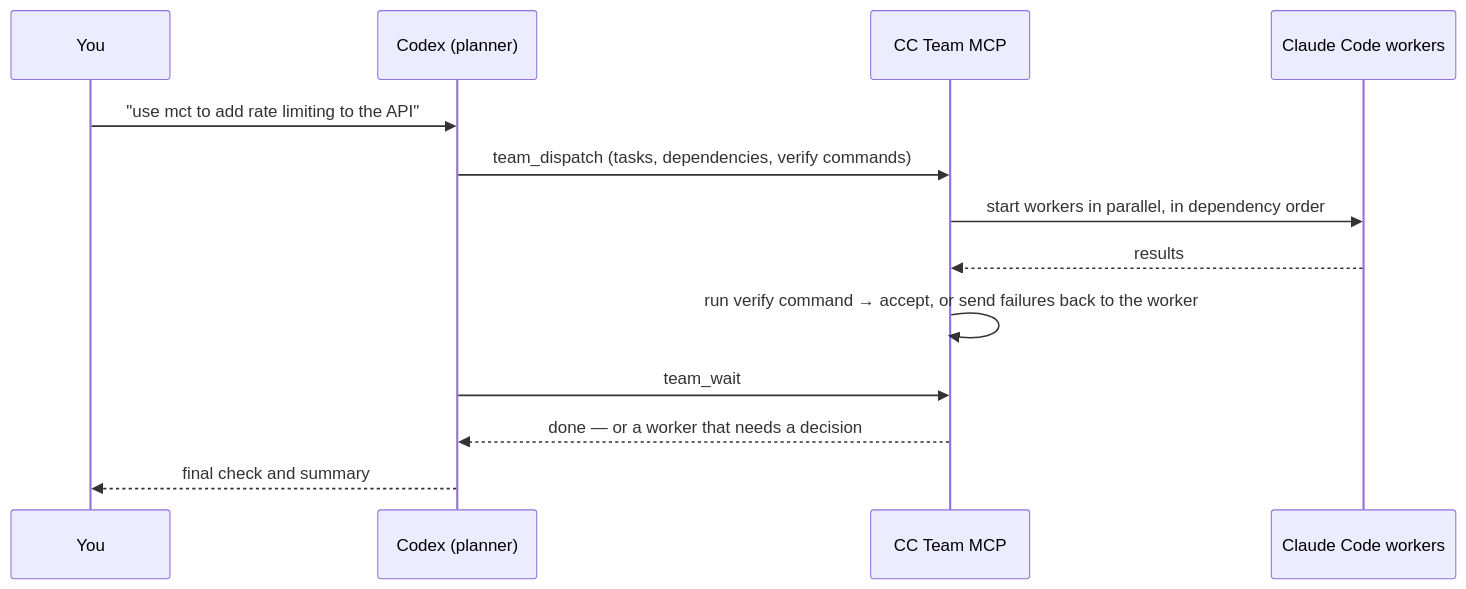
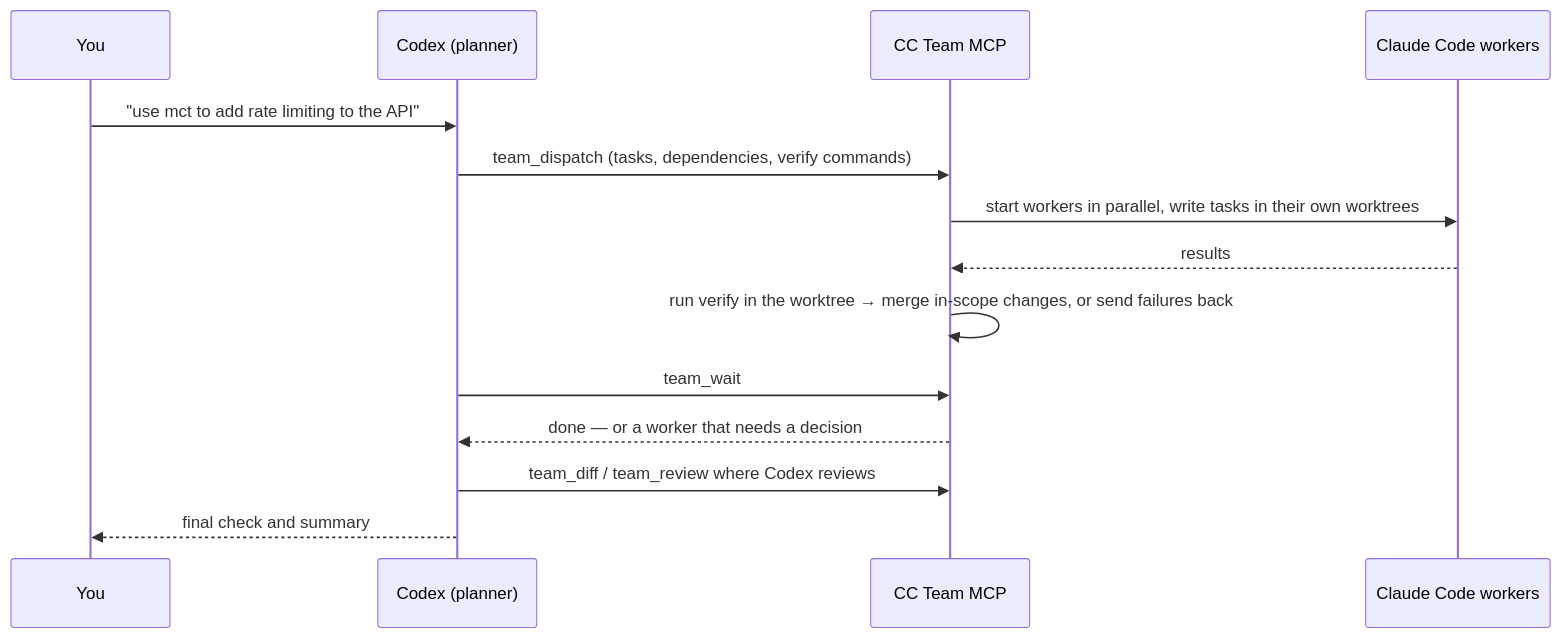
One commit to lboverfys/mcp-cccx-together changed the diagram in README.md. Above: the diagram before and after it, drawn with Mermaid. The commit also changed other lines of this file and 33 other files, not shown here.

````diff
--- a/README.md
+++ b/README.md
@@ -31,15 +38,16 @@
 ```mermaid
 sequenceDiagram
     participant You
     participant Codex as Codex (planner)
     participant MCP as CC Team MCP
     participant CC as Claude Code workers
     You->>Codex: "use mct to add rate limiting to the API"
     Codex->>MCP: team_dispatch (tasks, dependencies, verify commands)
-    MCP->>CC: start workers in parallel, in dependency order
+    MCP->>CC: start workers in parallel, write tasks in their own worktrees
     CC-->>MCP: results
-    MCP->>MCP: run verify command → accept, or send failures back to the worker
+    MCP->>MCP: run verify in the worktree → merge in-scope changes, or send failures back
     Codex->>MCP: team_wait
     MCP-->>Codex: done — or a worker that needs a decision
+    Codex->>MCP: team_diff / team_review where Codex reviews
     Codex-->>You: final check and summary
 ```
````
